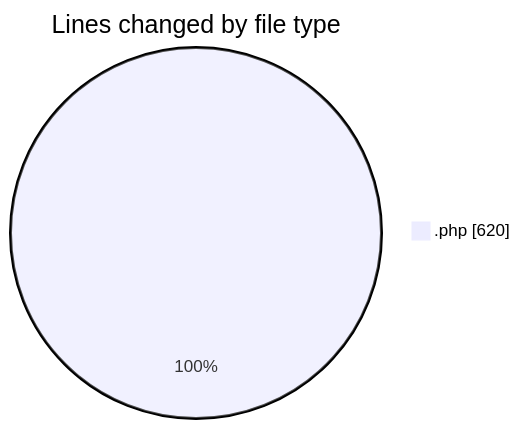
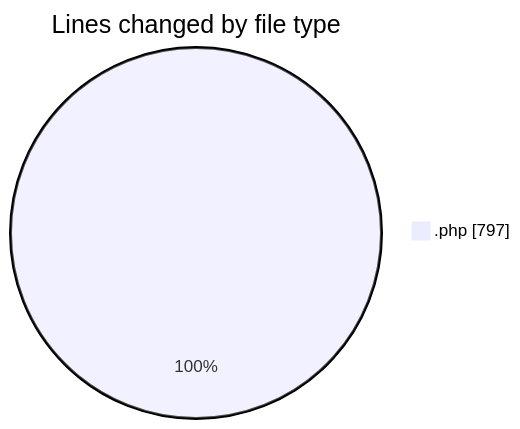
One commit to LanceThiago/code-tracking changed the first of 2 diagrams in 2026-08-27/oficina/README.md. Above: the diagram before and after it, drawn with Mermaid. The commit also changed other lines of this file and 1 other file, not shown here.

````diff
--- a/2026-08-27/oficina/README.md
+++ b/2026-08-27/oficina/README.md
@@ -21,5 +21,5 @@
 ```mermaid
 pie showData
 title Lines changed by file type
-".php" : 620
+".php" : 797
 ```
````
